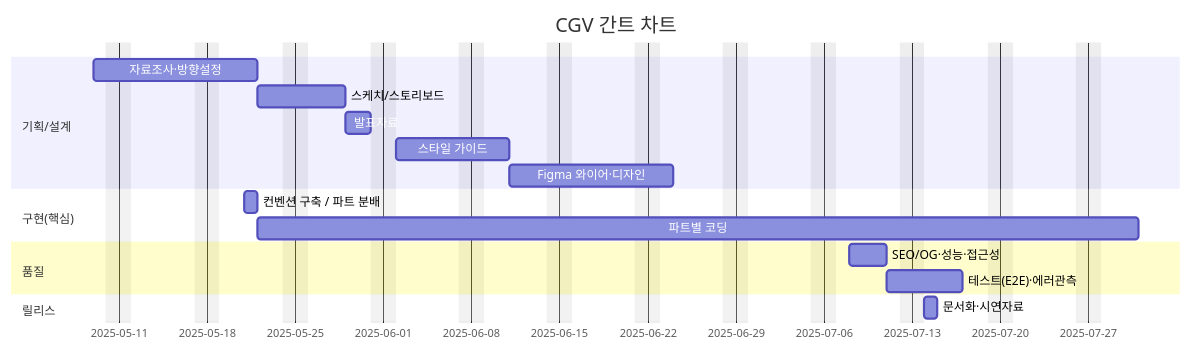
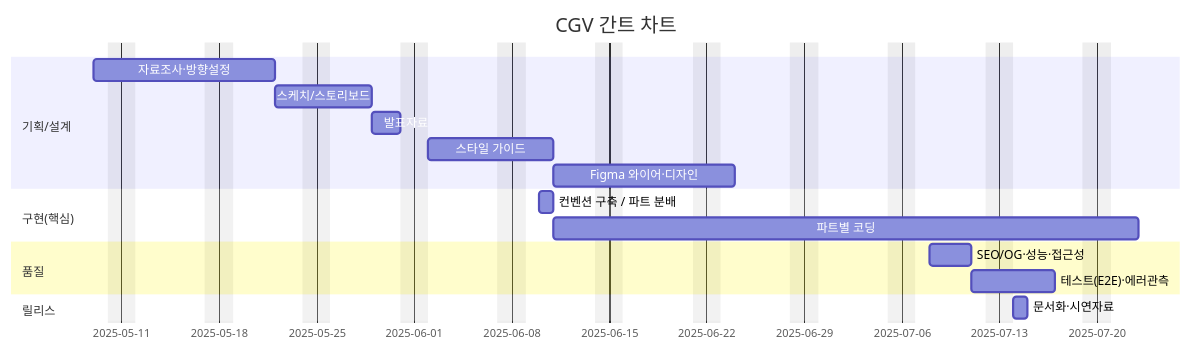
The diagram in README.md (yeonmi0818/Renewal_project_Cgv-main), drawn with Mermaid before and after one commit. The commit also changed other lines of this file, not shown here.

````diff
--- a/README.md
+++ b/README.md
@@ -136,27 +136,27 @@
 ```mermaid
 gantt
     title CGV 간트 차트
     dateFormat  YYYY-MM-DD
     excludes    weekends
 
 
     section 기획/설계
     자료조사·방향설정           :a1, 2025-05-09, 9d
     스케치/스토리보드           :a2, after a1, 5d
     발표자료                   :a3, after a2, 2d
     스타일 가이드              :a4, after a3, 7d
     Figma 와이어·디자인        :a5, after a4, 9d
 
 
     section 구현(핵심)
-    컨벤션 구축 / 파트 분배     :b1, 2025-05-21, 1d
-    파트별 코딩           :b2, after b1, 50d
+    컨벤션 구축 / 파트 분배     :b1, 2025-06-10, 1d
+    파트별 코딩           :b2, after b1, 30d
 
 
     section 품질
     SEO/OG·성능·접근성         :c1, 2025-07-8, 3d
     테스트(E2E)·에러관측       :c2, after c1, 4d
 
     section 릴리스
     문서화·시연자료 :d1, 2025-07-14, 1d
 ```
````
